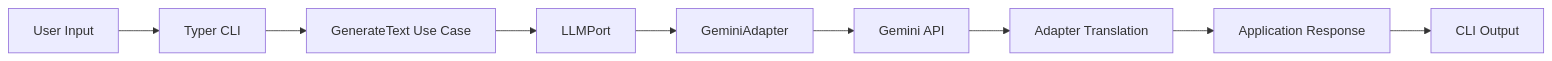
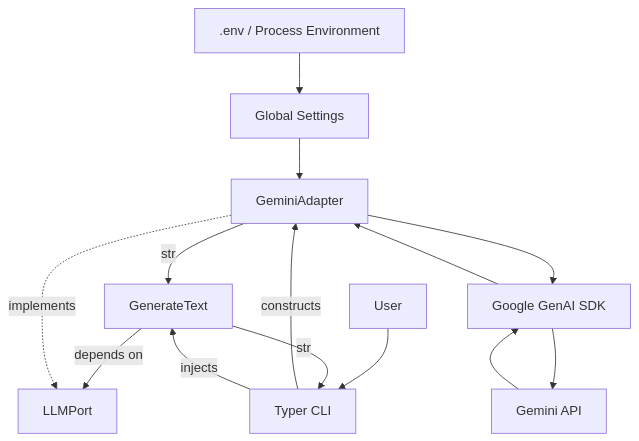
One commit to mzaid-dev/Bro_to_FAANG-exe changed the second of 7 diagrams in 1_Bro_Became_AI_Engineer/01_Daily_Learning/Week_01/03_Provider_Adapter/Project/llm_gateway/README.md. Above: the diagram before and after it, drawn with Mermaid. The commit also changed other lines of this file and 4 other files, not shown here.

````diff
--- a/1_Bro_Became_AI_Engineer/01_Daily_Learning/Week_01/03_Provider_Adapter/Project/llm_gateway/README.md
+++ b/1_Bro_Became_AI_Engineer/01_Daily_Learning/Week_01/03_Provider_Adapter/Project/llm_gateway/README.md
@@ -115,11 +63,15 @@
 ```mermaid
-flowchart LR
-    A["User Input"] --> B["Typer CLI"]
-    B --> C["GenerateText Use Case"]
-    C --> D["LLMPort"]
-    D --> E["GeminiAdapter"]
-    E --> F["Gemini API"]
-    F --> G["Adapter Translation"]
-    G --> H["Application Response"]
-    H --> I["CLI Output"]
+flowchart TD
+    ENV[".env / Process Environment"] --> SETTINGS["Global Settings"]
+    USER["User"] --> CLI["Typer CLI"]
+    CLI -->|constructs| ADAPTER["GeminiAdapter"]
+    CLI -->|injects| USECASE["GenerateText"]
+    USECASE -->|depends on| PORT["LLMPort"]
+    ADAPTER -. "implements" .-> PORT
+    SETTINGS --> ADAPTER
+    ADAPTER --> SDK["Google GenAI SDK"]
+    SDK --> API["Gemini API"]
+    API --> SDK --> ADAPTER
+    ADAPTER -->|str| USECASE
+    USECASE -->|str| CLI
 ```
````
